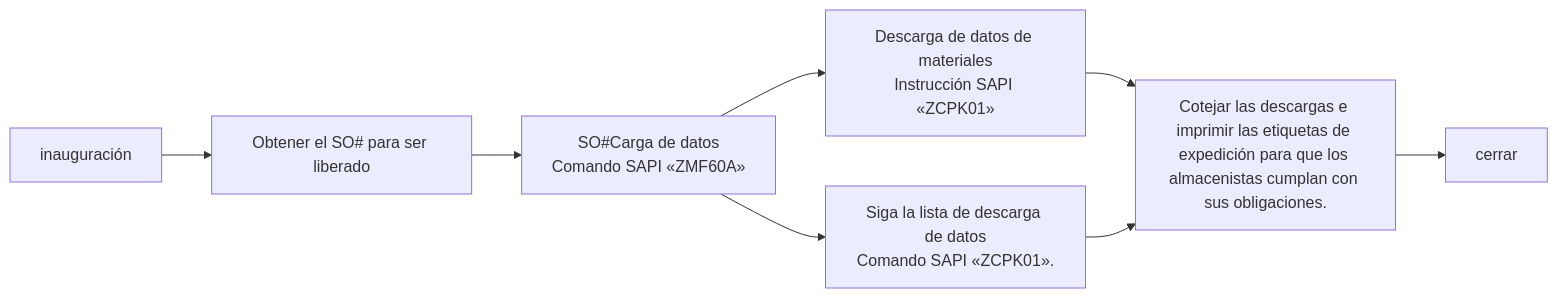
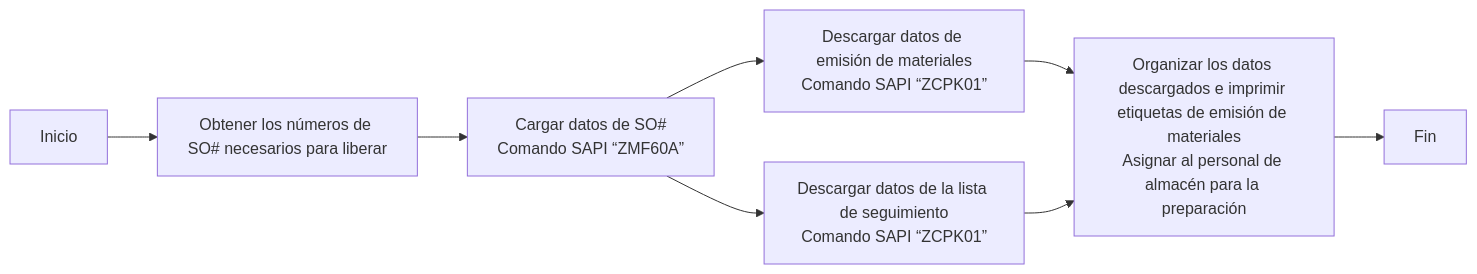
The diagram in files/SO_ESP.md (dlelyw/VTX_6501), drawn with Mermaid before and after one commit. The commit also changed other lines of this file and 14 other files, not shown here.

````diff
--- a/files/SO_ESP.md
+++ b/files/SO_ESP.md
@@ -5,10 +5,10 @@
 ```mermaid
 graph LR
-    A[inauguración] --> B[Obtener el SO# para ser liberado]
-    B --> C[SO#Carga de datos<br>Comando SAPI «ZMF60A»]
-    C --> D[Descarga de datos de materiales<br>Instrucción SAPI «ZCPK01»]
-    C --> E[Siga la lista de descarga de datos<br>Comando SAPI «ZCPK01».]
-    D --> F[Cotejar las descargas e imprimir las etiquetas de expedición para que los almacenistas cumplan con sus obligaciones.]
-    E --> F[Cotejar las descargas e imprimir las etiquetas de expedición para que los almacenistas cumplan con sus obligaciones.]
-    F --> G[cerrar]
+    A[Inicio] --> B[Obtener los números de SO# necesarios para liberar]
+    B --> C[Cargar datos de SO#<br>Comando SAPI “ZMF60A”]
+    C --> D[Descargar datos de emisión de materiales<br>Comando SAPI “ZCPK01”]
+    C --> E[Descargar datos de la lista de seguimiento<br>Comando SAPI “ZCPK01”]
+    D --> F[Organizar los datos descargados e imprimir etiquetas de emisión de materiales<br>Asignar al personal de almacén para la preparación]
+    E --> F[Organizar los datos descargados e imprimir etiquetas de emisión de materiales<br>Asignar al personal de almacén para la preparación]
+    F --> G[Fin]
 ```
````
